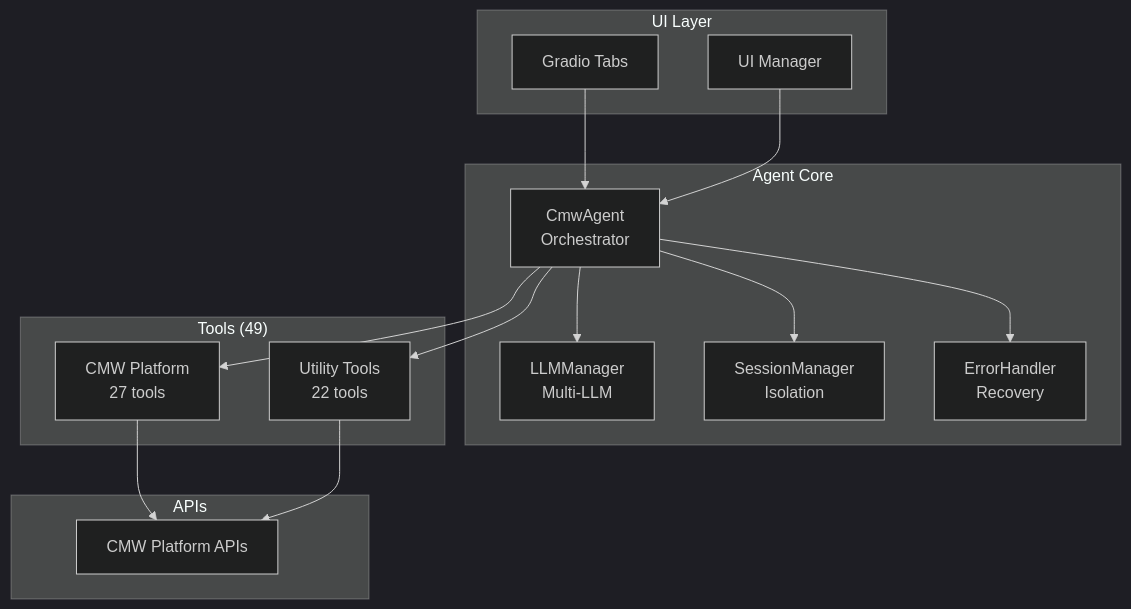
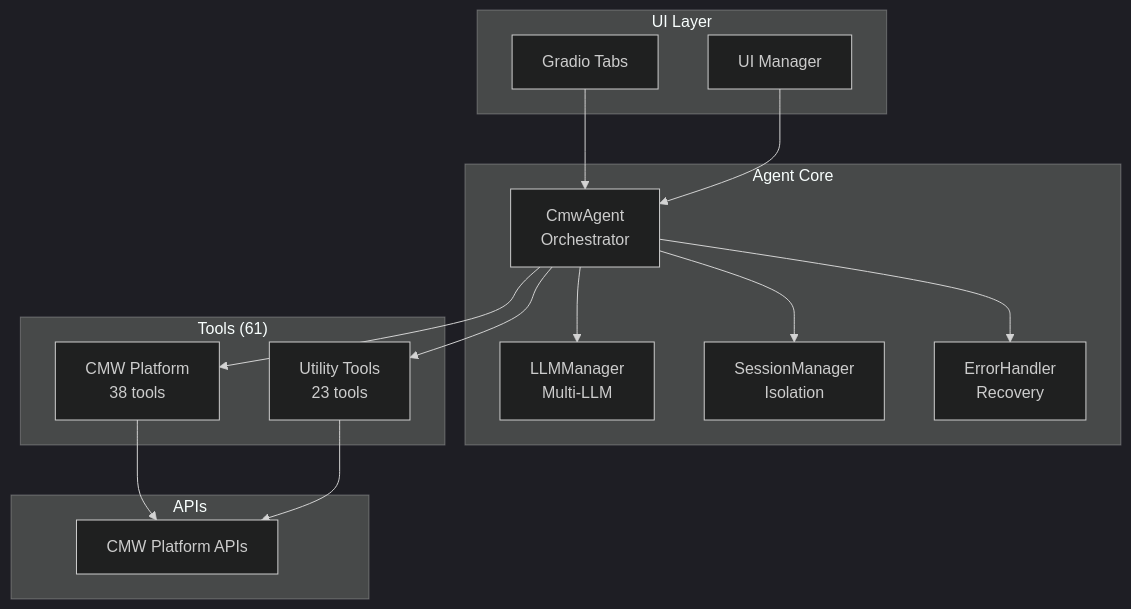
Before and after one commit to cmw-team/cmw-platform-agent: the diagram in README.md, drawn with Mermaid (dark theme). The commit also changed other lines of this file and 4 other files, not shown here.

````diff
--- a/README.md
+++ b/README.md
@@ -54,33 +54,33 @@
 ```mermaid
 graph TD
     subgraph "UI Layer"
         A1[Gradio Tabs]
         A2[UI Manager]
     end
     
     subgraph "Agent Core"
         B1["CmwAgent<br/>Orchestrator"]
         B2["LLMManager<br/>Multi-LLM"]
         B3["SessionManager<br/>Isolation"]
         B4["ErrorHandler<br/>Recovery"]
     end
     
-    subgraph "Tools (49)"
-        C1["CMW Platform<br/>27 tools"]
-        C2["Utility Tools<br/>22 tools"]
+    subgraph "Tools (61)"
+        C1["CMW Platform<br/>38 tools"]
+        C2["Utility Tools<br/>23 tools"]
     end
     
     subgraph "APIs"
         D1["CMW Platform APIs"]
     end
     
     A1 --> B1
     A2 --> B1
     B1 --> B2
     B1 --> B3
     B1 --> B4
     B1 --> C1
     B1 --> C2
     C1 --> D1
     C2 --> D1
 ```
````
